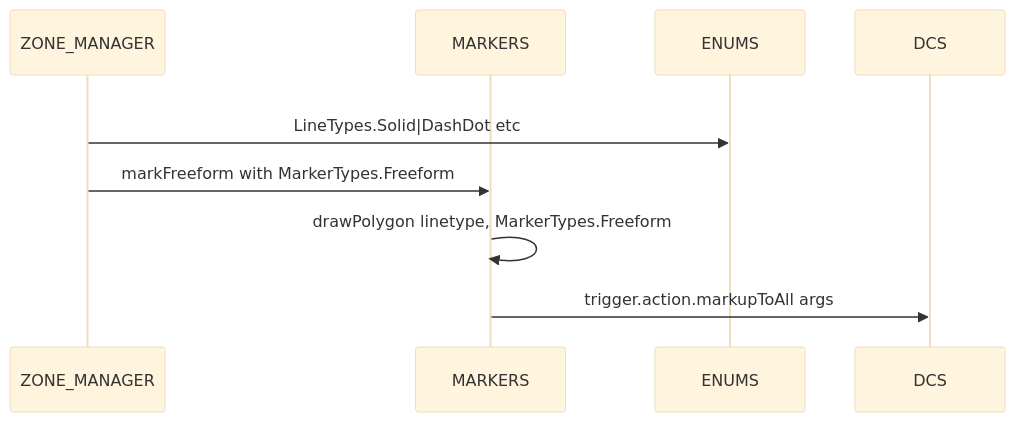
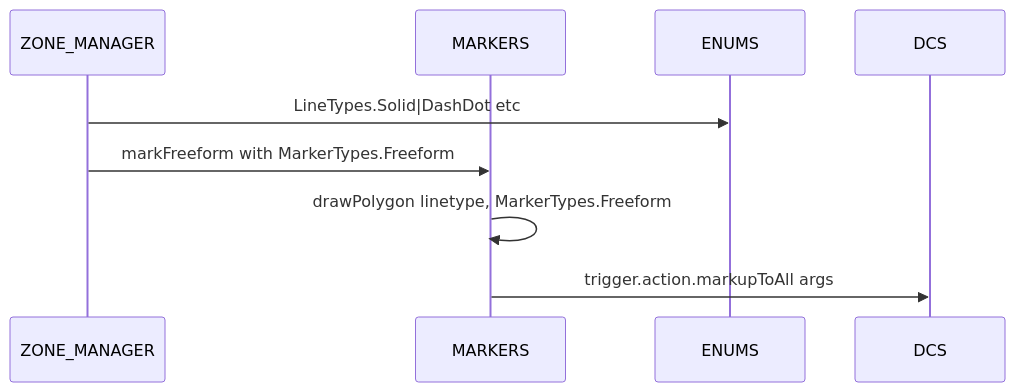
One commit to Gh0st352/AETHR changed the second of 4 diagrams in docs/enums/lines_and_markers.md. Above: the diagram before and after it, drawn with Mermaid. The commit also changed other lines of this file and 20 other files, not shown here.

First line of the commit message:
docs: unify mermaid themes and clarify module graphs

````diff
--- a/docs/enums/lines_and_markers.md
+++ b/docs/enums/lines_and_markers.md
@@ -74,14 +59,13 @@
 ```mermaid
-%%{init: {"theme":"base"}}%%
+%% shared theme: docs/_mermaid/theme.json %%
 sequenceDiagram
   participant ZM as ZONE_MANAGER
   participant MK as MARKERS
   participant EN as ENUMS
+  participant DCS as DCS
 
-  rect rgba(255, 255, 255, 0.75)
-    ZM->>EN: LineTypes.Solid|DashDot etc
-    ZM->>MK: markFreeform with MarkerTypes.Freeform
-    MK->>MK: drawPolygon linetype, MarkerTypes.Freeform
-    MK->>DCS: trigger.action.markupToAll args
-  end
+  ZM->>EN: LineTypes.Solid|DashDot etc
+  ZM->>MK: markFreeform with MarkerTypes.Freeform
+  MK->>MK: drawPolygon linetype, MarkerTypes.Freeform
+  MK->>DCS: trigger.action.markupToAll args
 ```
````
